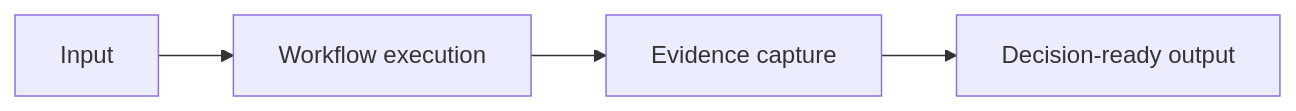
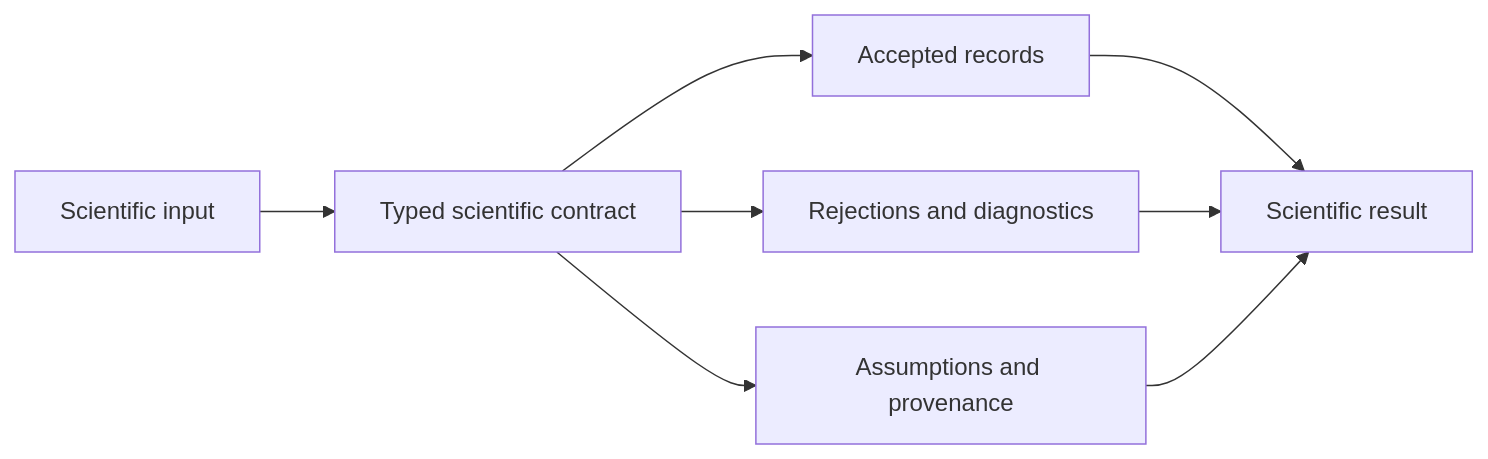
Before and after one commit to bijux/bijux.github.io: the second of 4 diagrams in docs/04-projects/bijux-proteomics/index.md, drawn with Mermaid. The commit also changed other lines of this file and 1 other file, not shown here.

Commit message:
docs(proteomics): trace scientific claims to consequence

````diff
--- a/docs/04-projects/bijux-proteomics/index.md
+++ b/docs/04-projects/bijux-proteomics/index.md
@@ -68,6 +70,10 @@
 ```mermaid
-graph LR
-    input["Input"] --> workflow["Workflow execution"]
-    workflow --> evidence["Evidence capture"]
-    evidence --> output["Decision-ready output"]
+flowchart LR
+    input["Scientific input"] --> contract["Typed scientific contract"]
+    contract --> accepted["Accepted records"]
+    contract --> rejected["Rejections and diagnostics"]
+    contract --> policy["Assumptions and provenance"]
+    accepted --> result["Scientific result"]
+    rejected --> result
+    policy --> result
 ```
````
